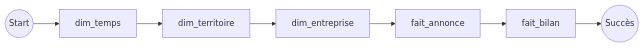
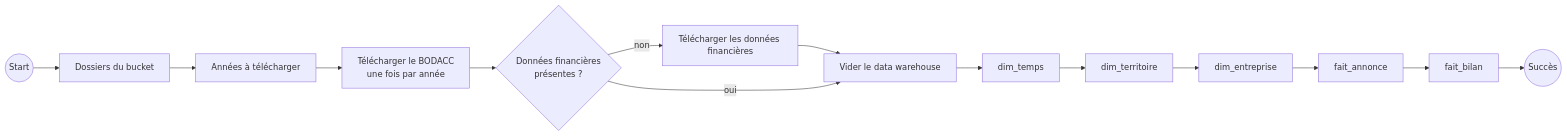
The first of 3 diagrams in exercice-2/README.md (DavidCarry/Processus-decisionnel-et-modeles-de-donnees), drawn with Mermaid before and after one commit. The commit also changed other lines of this file and 22 other files, not shown here.

````diff
--- a/exercice-2/README.md
+++ b/exercice-2/README.md
@@ -32,4 +57,7 @@
 ```mermaid
 flowchart LR
-    S((Start)) --> T[dim_temps] --> R[dim_territoire] --> E[dim_entreprise] --> A[fait_annonce] --> B[fait_bilan] --> OK((Succès))
+    S((Start)) --> D[Dossiers du bucket] --> A[Années à télécharger] --> TB[Télécharger le BODACC<br/>une fois par année] --> P{Données financières<br/>présentes ?}
+    P -- non --> TI[Télécharger les données financières] --> V
+    P -- oui --> V[Vider le data warehouse]
+    V --> T[dim_temps] --> R[dim_territoire] --> E[dim_entreprise] --> FA[fait_annonce] --> FB[fait_bilan] --> OK((Succès))
 ```
````
